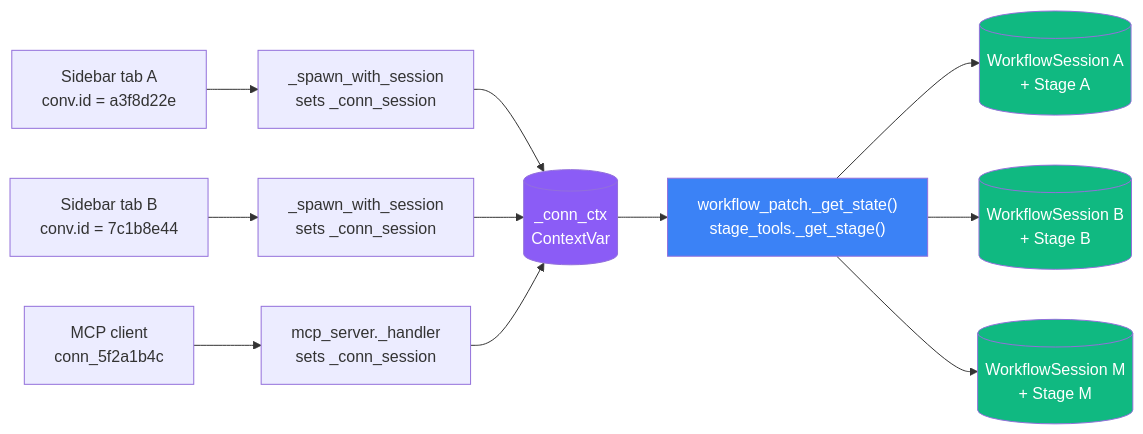
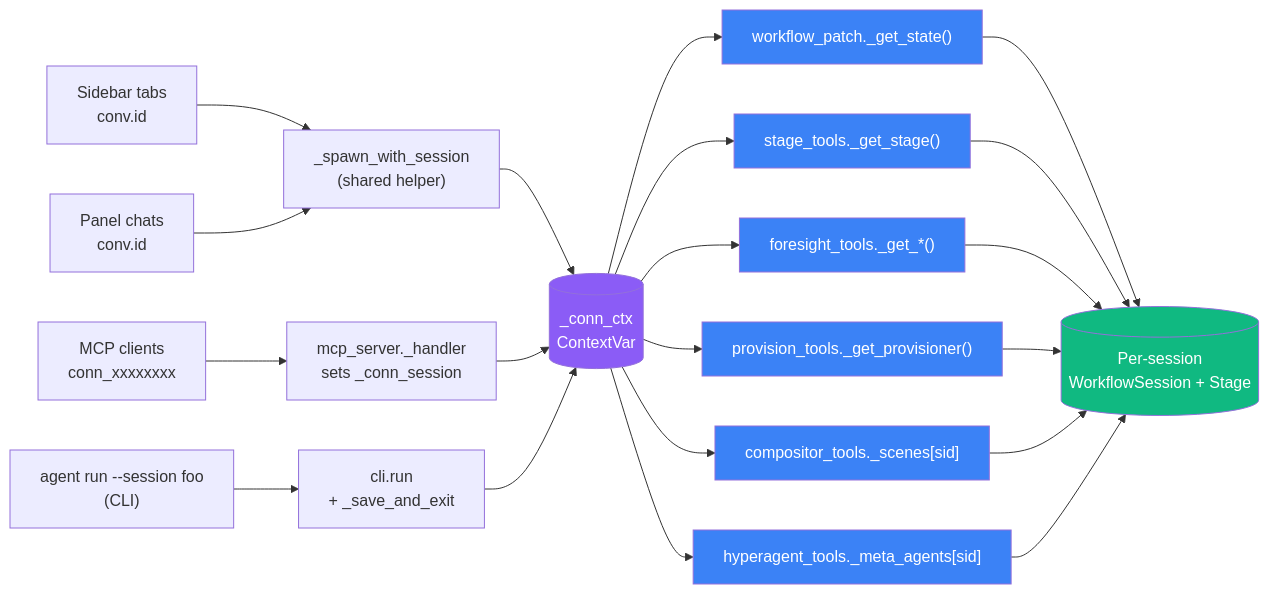
One commit to JosephOIbrahim/Comfy-Cozy changed diagram 15 of 20 in README.md. Above: the diagram before and after it, drawn with Mermaid. The commit also changed other lines of this file, not shown here.

First line of the commit message:
docs: README — session iso (4 transports), LLM hardening diagram, security cell

````diff
--- a/README.md
+++ b/README.md
@@ -668,19 +668,31 @@
 ```mermaid
 flowchart LR
-    SBA["Sidebar tab A<br/>conv.id = a3f8d22e"] --> H1["_spawn_with_session<br/>sets _conn_session"]
-    SBB["Sidebar tab B<br/>conv.id = 7c1b8e44"] --> H2["_spawn_with_session<br/>sets _conn_session"]
-    MCP["MCP client<br/>conn_5f2a1b4c"] --> H3["mcp_server._handler<br/>sets _conn_session"]
+    SB["Sidebar tabs<br/>conv.id"] --> H1["_spawn_with_session<br/>(shared helper)"]
+    PNL["Panel chats<br/>conv.id"] --> H1
+    MCP["MCP clients<br/>conn_xxxxxxxx"] --> H2["mcp_server._handler<br/>sets _conn_session"]
+    CLI["agent run --session foo<br/>(CLI)"] --> H3["cli.run<br/>+ _save_and_exit"]
     H1 --> CV[("_conn_ctx<br/>ContextVar")]
     H2 --> CV
     H3 --> CV
-    CV --> GS["workflow_patch._get_state()<br/>stage_tools._get_stage()"]
-    GS --> WSA[("WorkflowSession A<br/>+ Stage A")]
-    GS --> WSB[("WorkflowSession B<br/>+ Stage B")]
-    GS --> WSM[("WorkflowSession M<br/>+ Stage M")]
+    CV --> WP["workflow_patch._get_state()"]
+    CV --> ST["stage_tools._get_stage()"]
+    CV --> FT["foresight_tools._get_*()"]
+    CV --> PV["provision_tools._get_provisioner()"]
+    CV --> CT["compositor_tools._scenes[sid]"]
+    CV --> HY["hyperagent_tools._meta_agents[sid]"]
+    WP --> WS[("Per-session<br/>WorkflowSession + Stage")]
+    ST --> WS
+    FT --> WS
+    PV --> WS
+    CT --> WS
+    HY --> WS
 
     style CV fill:#8b5cf6,color:#fff
-    style GS fill:#3b82f6,color:#fff
-    style WSA fill:#10b981,color:#fff
-    style WSB fill:#10b981,color:#fff
-    style WSM fill:#10b981,color:#fff
+    style WP fill:#3b82f6,color:#fff
+    style ST fill:#3b82f6,color:#fff
+    style FT fill:#3b82f6,color:#fff
+    style PV fill:#3b82f6,color:#fff
+    style CT fill:#3b82f6,color:#fff
+    style HY fill:#3b82f6,color:#fff
+    style WS fill:#10b981,color:#fff
 ```
````
